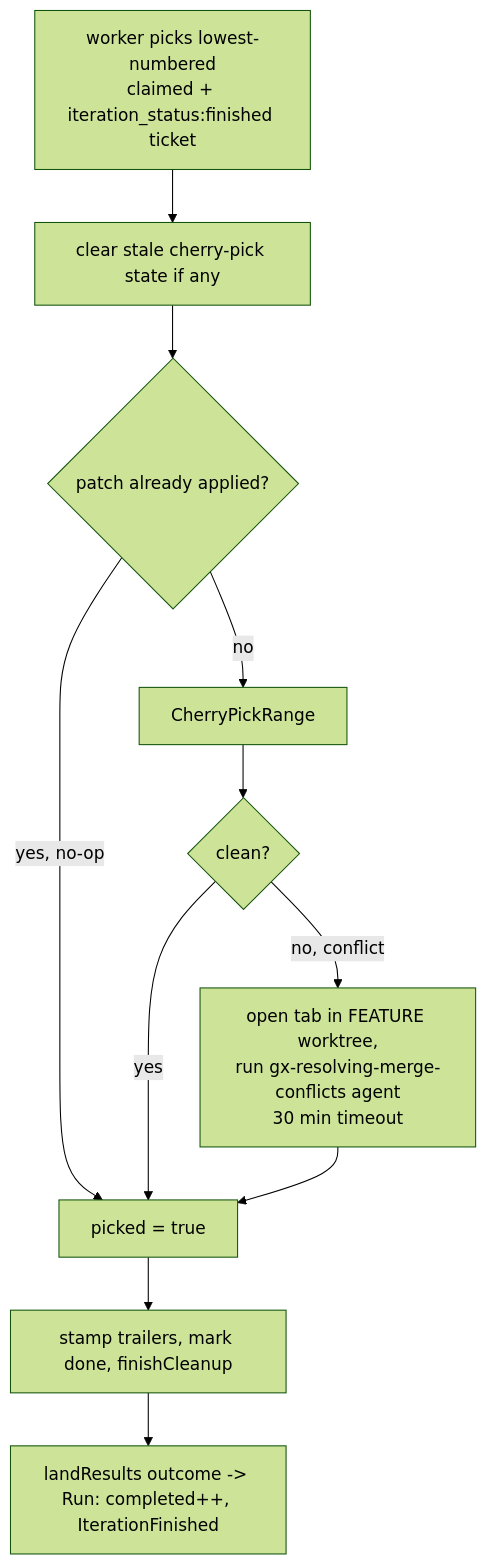
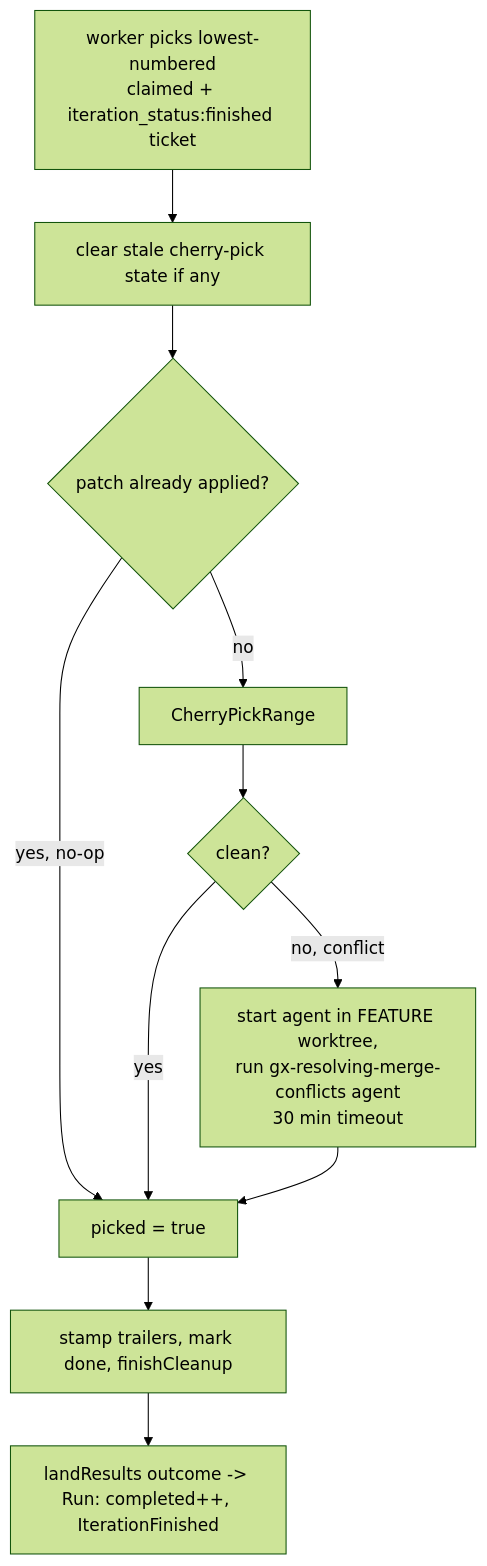
Before and after one commit to elentok/gx: the third of 6 diagrams in docs/ralph-loop-queue-orchestrator.md, drawn with Mermaid (forest theme). The commit also changed other lines of this file and 1 other file, not shown here.

````diff
--- a/docs/ralph-loop-queue-orchestrator.md
+++ b/docs/ralph-loop-queue-orchestrator.md
@@ -157,13 +157,13 @@
 ```mermaid
 flowchart TD
     A[worker picks lowest-numbered\nclaimed + iteration_status:finished ticket] --> B[clear stale cherry-pick state if any]
     B --> C{patch already applied?}
     C -->|yes, no-op| G[picked = true]
     C -->|no| D[CherryPickRange]
     D --> E{clean?}
     E -->|yes| G
-    E -->|no, conflict| F[open tab in FEATURE worktree,\nrun gx-resolving-merge-conflicts agent\n30 min timeout]
+    E -->|no, conflict| F[start agent in FEATURE worktree,\nrun gx-resolving-merge-conflicts agent\n30 min timeout]
     F --> G
     G --> H[stamp trailers, mark done, finishCleanup]
     H --> I[landResults outcome -> Run: completed++, IterationFinished]
 ```
````
